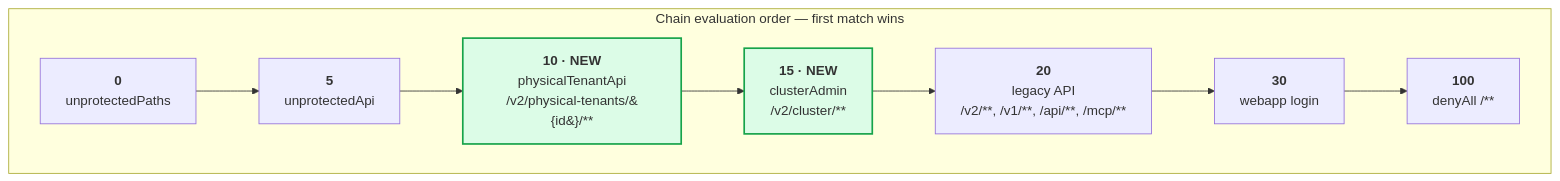
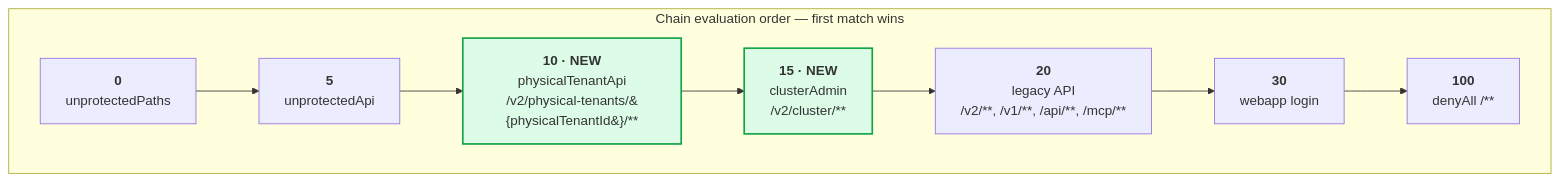
Before and after one commit to camunda/camunda: the third of 7 diagrams in docs/monorepo-docs/architecture/components/identity/physical-tenants-identity-plan.md, drawn with Mermaid. The commit also changed other lines of this file and 1 other file, not shown here.

````diff
--- a/docs/monorepo-docs/architecture/components/identity/physical-tenants-identity-plan.md
+++ b/docs/monorepo-docs/architecture/components/identity/physical-tenants-identity-plan.md
@@ -727,16 +740,16 @@
 ```mermaid
 flowchart LR
     subgraph order["Chain evaluation order — first match wins"]
         direction LR
         O0["<b>0</b><br/>unprotectedPaths"]
         O5["<b>5</b><br/>unprotectedApi"]
-        O10["<b>10 · NEW</b><br/>physicalTenantApi<br/>/v2/physical-tenants/&#123;id&#125;/**"]
+        O10["<b>10 · NEW</b><br/>physicalTenantApi<br/>/v2/physical-tenants/&#123;physicalTenantId&#125;/**"]
         O15["<b>15 · NEW</b><br/>clusterAdmin<br/>/v2/cluster/**"]
         O20["<b>20</b><br/>legacy API<br/>/v2/**, /v1/**, /api/**, /mcp/**"]
         O30["<b>30</b><br/>webapp login"]
         O100["<b>100</b><br/>denyAll /**"]
         O0 --> O5 --> O10 --> O15 --> O20 --> O30 --> O100
     end
     classDef new fill:#dcfce7,stroke:#16a34a,stroke-width:2px;
     class O10,O15 new;
 ```
````
